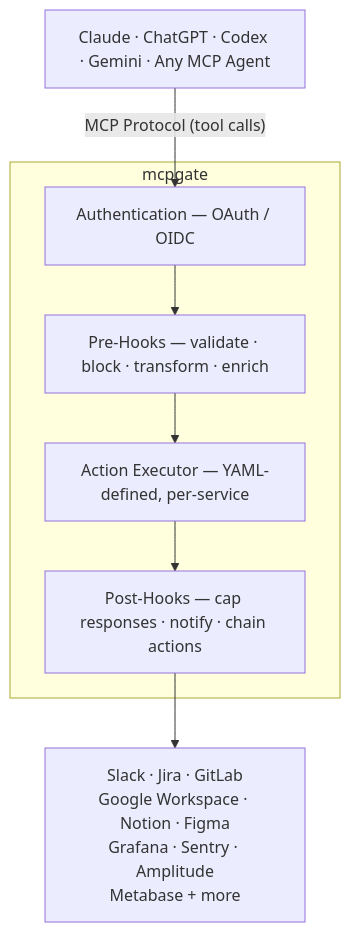
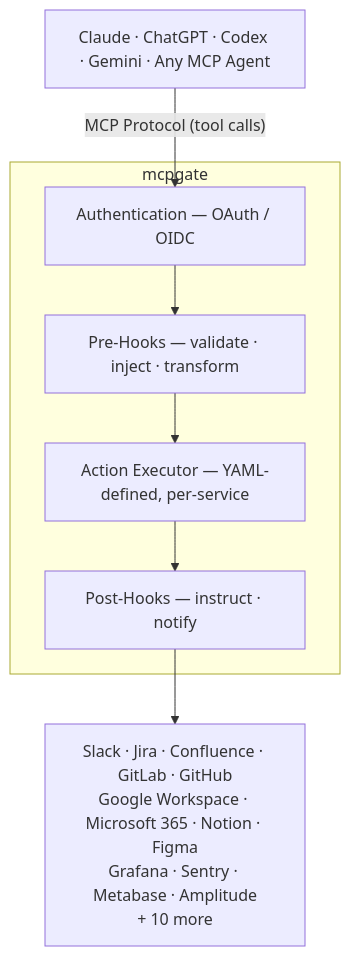
The diagram in README.md (Mcpgate-de/mcpgate), drawn with Mermaid before and after one commit. The commit also changed other lines of this file and 1 other file, not shown here.

````diff
--- a/README.md
+++ b/README.md
@@ -70,19 +70,19 @@
 ```mermaid
 flowchart TB
     AI["Claude · ChatGPT · Codex · Gemini · Any MCP Agent"]
     
     AI -- "MCP Protocol (tool calls)" --> Auth
 
     subgraph GW["mcpgate"]
         Auth["Authentication — OAuth / OIDC"]
-        Pre["Pre-Hooks — validate · block · transform · enrich"]
+        Pre["Pre-Hooks — validate · inject · transform"]
         Exec["Action Executor — YAML-defined, per-service"]
-        Post["Post-Hooks — cap responses · notify · chain actions"]
+        Post["Post-Hooks — instruct · notify"]
 
         Auth --> Pre --> Exec --> Post
     end
 
     Post --> Services
 
-    Services["Slack · Jira · GitLab\nGoogle Workspace · Notion · Figma\nGrafana · Sentry · Amplitude\nMetabase + more"]
+    Services["Slack · Jira · Confluence · GitLab · GitHub\nGoogle Workspace · Microsoft 365 · Notion · Figma\nGrafana · Sentry · Metabase · Amplitude\n+ 10 more"]
 ```
````
